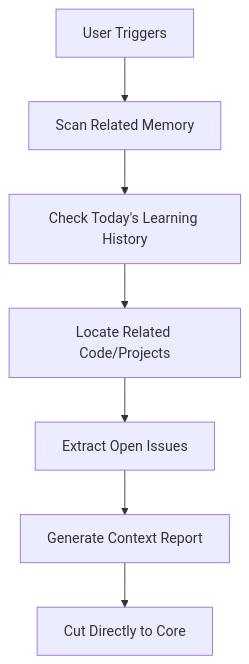
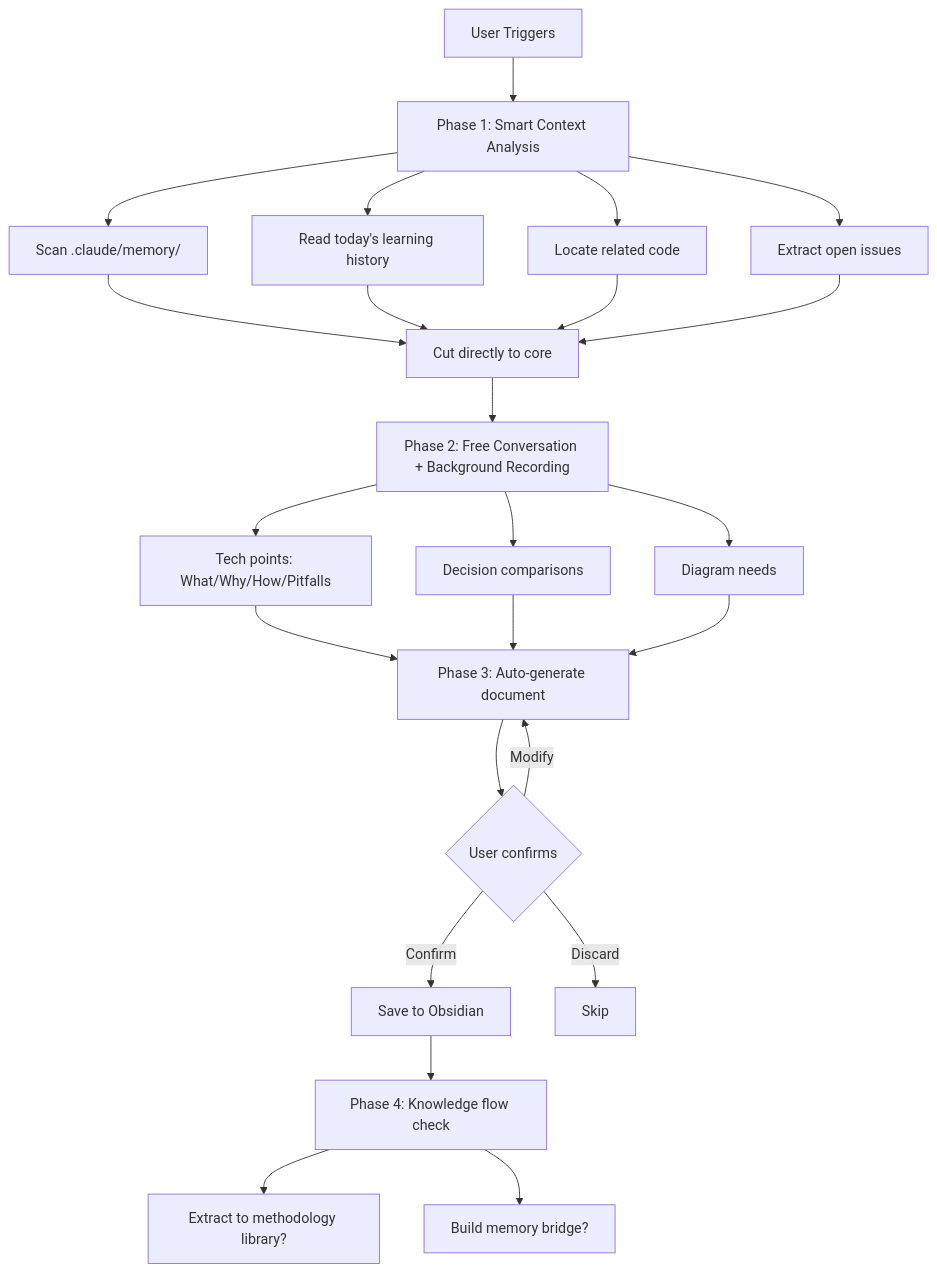
The diagram in README_EN.md (longhuang1997-cpu/AI-Tech-Learn), drawn with Mermaid before and after one commit.

Commit message:
Sync EN mermaid diagram to match Chinese version (full 4-phase flow)

````diff
--- a/README_EN.md
+++ b/README_EN.md
@@ -106,9 +104,24 @@
 ```mermaid
 graph TD
-    A[User Triggers] --> B[Scan Related Memory]
-    B --> C[Check Today's Learning History]
-    C --> D[Locate Related Code/Projects]
-    D --> E[Extract Open Issues]
-    E --> F[Generate Context Report]
-    F --> G[Cut Directly to Core]
+    A[User Triggers] --> B[Phase 1: Smart Context Analysis]
+    B --> B1[Scan .claude/memory/]
+    B --> B2[Read today's learning history]
+    B --> B3[Locate related code]
+    B --> B4[Extract open issues]
+    B1 & B2 & B3 & B4 --> C[Cut directly to core]
+
+    C --> D[Phase 2: Free Conversation + Background Recording]
+    D --> D1[Tech points: What/Why/How/Pitfalls]
+    D --> D2[Decision comparisons]
+    D --> D3[Diagram needs]
+
+    D1 & D2 & D3 --> E[Phase 3: Auto-generate document]
+    E --> F{User confirms}
+    F -->|Confirm| G[Save to Obsidian]
+    F -->|Modify| E
+    F -->|Discard| H[Skip]
+
+    G --> I[Phase 4: Knowledge flow check]
+    I --> I1[Extract to methodology library?]
+    I --> I2[Build memory bridge?]
 ```
````
